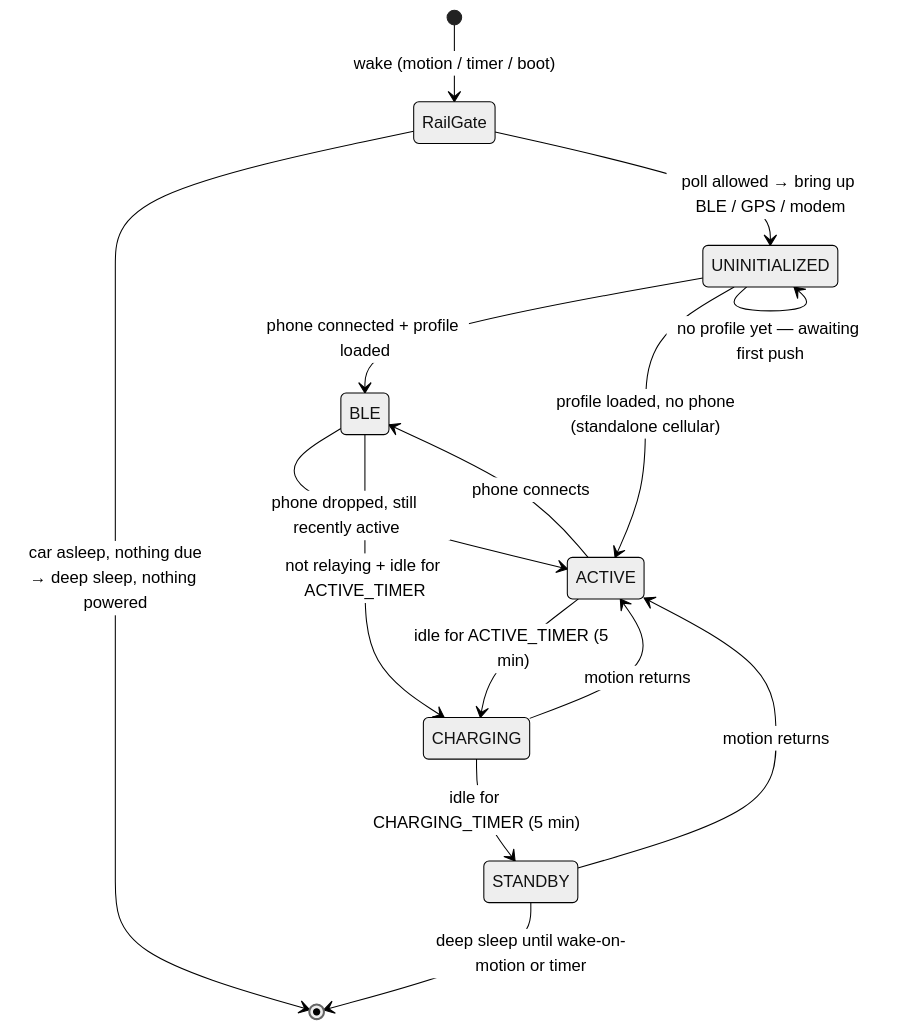
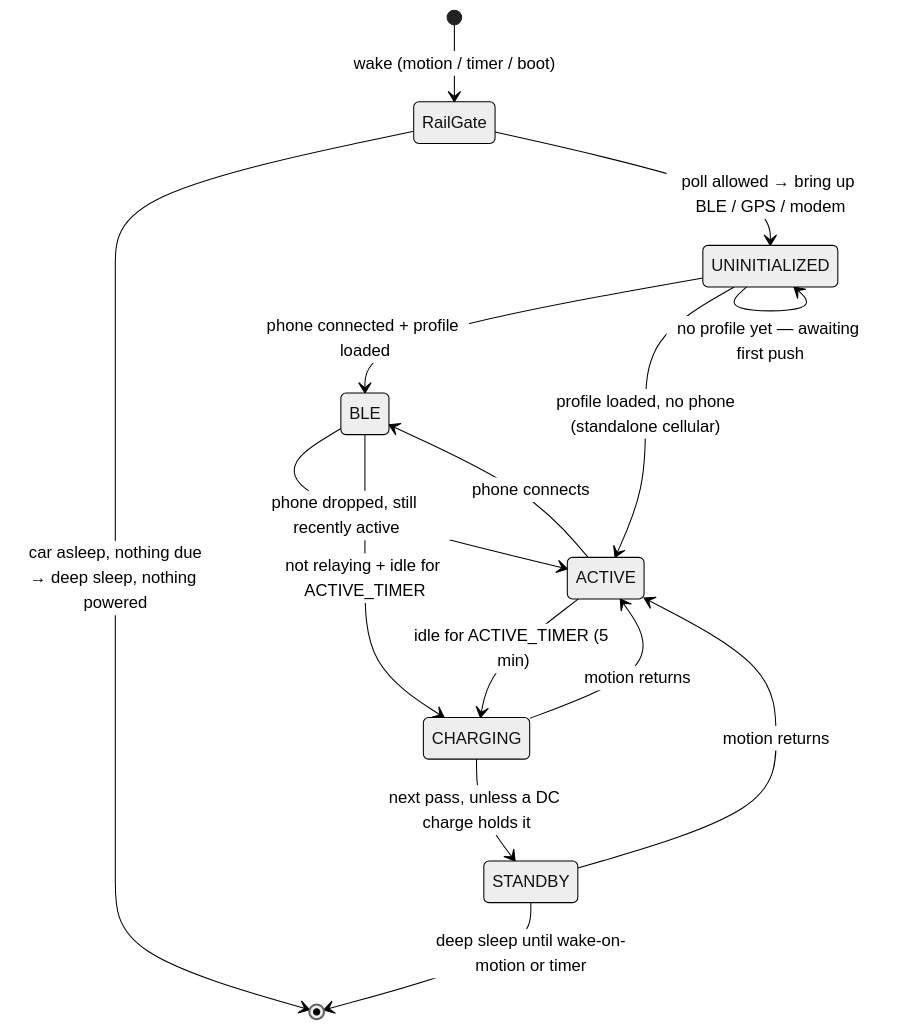
Before and after one commit to Iternio-Planning-AB/abrp-obd: the diagram in docs/technical-overview.md, drawn with Mermaid (neutral theme). The commit also changed other lines of this file and 8 other files, not shown here.

First line of the commit message:
refactor(ladder): drop CHARGING_TIMER; the idle stage is a pass-through (#129)

````diff
--- a/docs/technical-overview.md
+++ b/docs/technical-overview.md
@@ -79,23 +79,23 @@
 ```mermaid
 stateDiagram-v2
     [*] --> RailGate : wake (motion / timer / boot)
 
     RailGate --> [*] : car asleep, nothing due<br/>→ deep sleep, nothing powered
     RailGate --> UNINITIALIZED : poll allowed → bring up BLE / GPS / modem
 
     UNINITIALIZED --> BLE : phone connected + profile loaded
     UNINITIALIZED --> ACTIVE : profile loaded, no phone<br/>(standalone cellular)
     UNINITIALIZED --> UNINITIALIZED : no profile yet — awaiting first push
 
     ACTIVE --> BLE : phone connects
     ACTIVE --> CHARGING : idle for ACTIVE_TIMER (5 min)
 
     BLE --> ACTIVE : phone dropped, still recently active
     BLE --> CHARGING : not relaying + idle for ACTIVE_TIMER
 
     CHARGING --> ACTIVE : motion returns
-    CHARGING --> STANDBY : idle for CHARGING_TIMER (5 min)
+    CHARGING --> STANDBY : next pass, unless a DC charge holds it
 
     STANDBY --> ACTIVE : motion returns
     STANDBY --> [*] : deep sleep until wake-on-motion or timer
 ```
````
